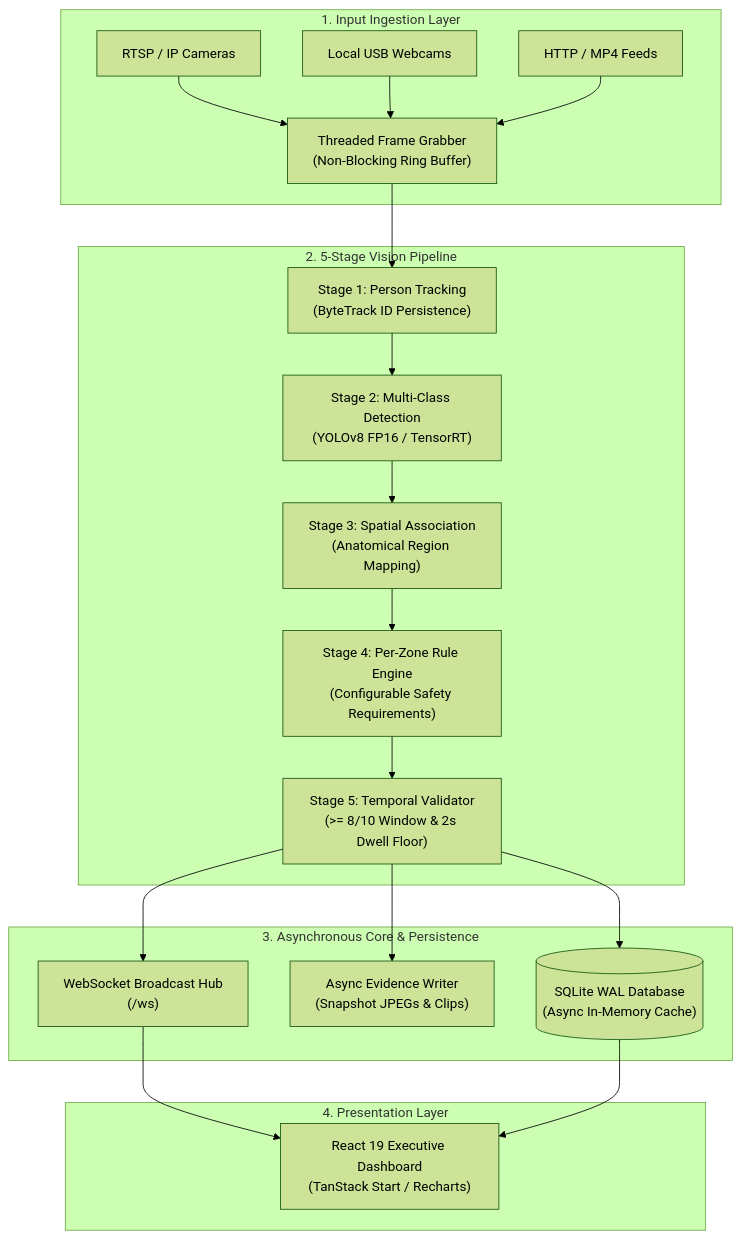
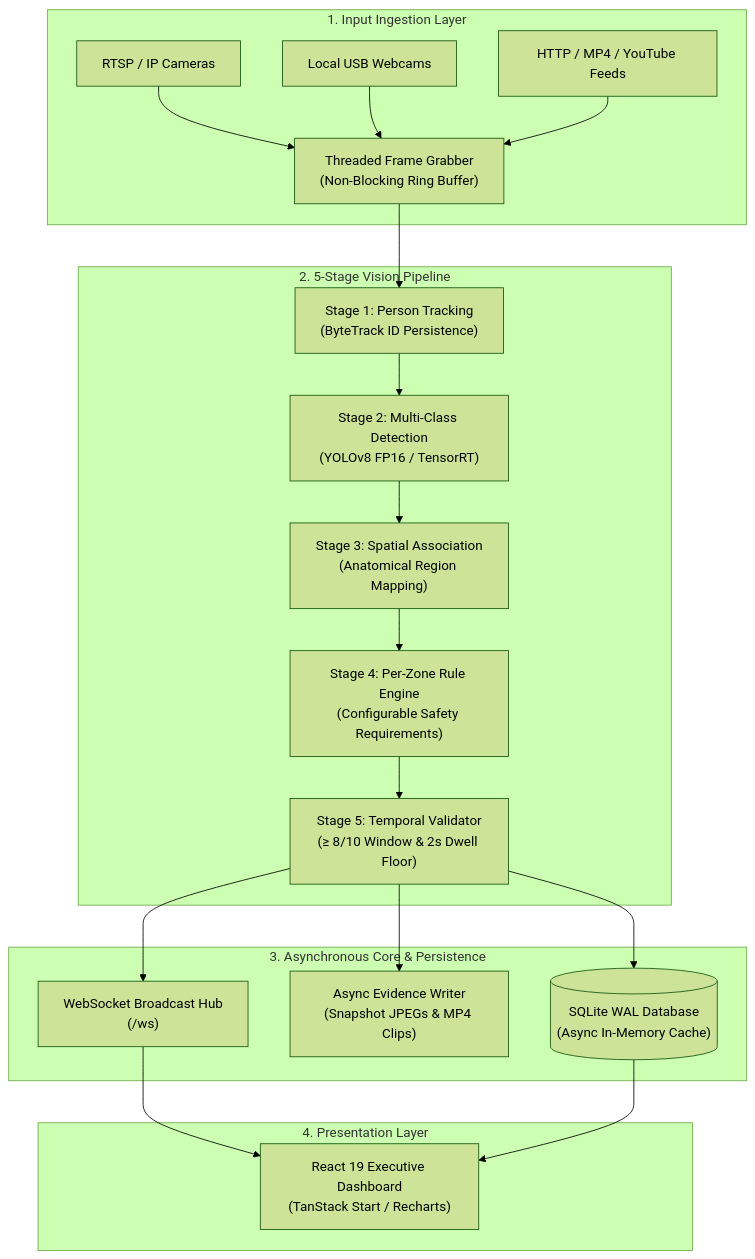
Before and after one commit to sowmiyan-s/PPE-Detection-and-Management-System: the first of 2 diagrams in docs/architecture.md, drawn with Mermaid (forest theme). The commit also changed other lines of this file and 16 other files, not shown here.

````diff
--- a/docs/architecture.md
+++ b/docs/architecture.md
@@ -9,42 +11,42 @@
 ```mermaid
 flowchart TD
     subgraph INGESTION["1. Input Ingestion Layer"]
         C1["RTSP / IP Cameras"]
         C2["Local USB Webcams"]
-        C3["HTTP / MP4 Feeds"]
+        C3["HTTP / MP4 / YouTube Feeds"]
         TG["Threaded Frame Grabber<br>(Non-Blocking Ring Buffer)"]
         C1 --> TG
         C2 --> TG
         C3 --> TG
     end
 
     subgraph VISION["2. 5-Stage Vision Pipeline"]
         S1["Stage 1: Person Tracking<br>(ByteTrack ID Persistence)"]
         S2["Stage 2: Multi-Class Detection<br>(YOLOv8 FP16 / TensorRT)"]
         S3["Stage 3: Spatial Association<br>(Anatomical Region Mapping)"]
         S4["Stage 4: Per-Zone Rule Engine<br>(Configurable Safety Requirements)"]
-        S5["Stage 5: Temporal Validator<br>(>= 8/10 Window & 2s Dwell Floor)"]
-        
+        S5["Stage 5: Temporal Validator<br>(≥ 8/10 Window & 2s Dwell Floor)"]
+
         TG --> S1
         S1 --> S2
         S2 --> S3
         S3 --> S4
         S4 --> S5
     end
 
     subgraph ASYNC_CORE["3. Asynchronous Core & Persistence"]
         DB[("SQLite WAL Database<br>(Async In-Memory Cache)")]
-        EVI["Async Evidence Writer<br>(Snapshot JPEGs & Clips)"]
+        EVI["Async Evidence Writer<br>(Snapshot JPEGs & MP4 Clips)"]
         WS_HUB["WebSocket Broadcast Hub<br>(/ws)"]
-        
+
         S5 --> DB
         S5 --> EVI
         S5 --> WS_HUB
     end
 
     subgraph PRESENTATION["4. Presentation Layer"]
         UI["React 19 Executive Dashboard<br>(TanStack Start / Recharts)"]
         WS_HUB --> UI
         DB --> UI
     end
 ```
````
